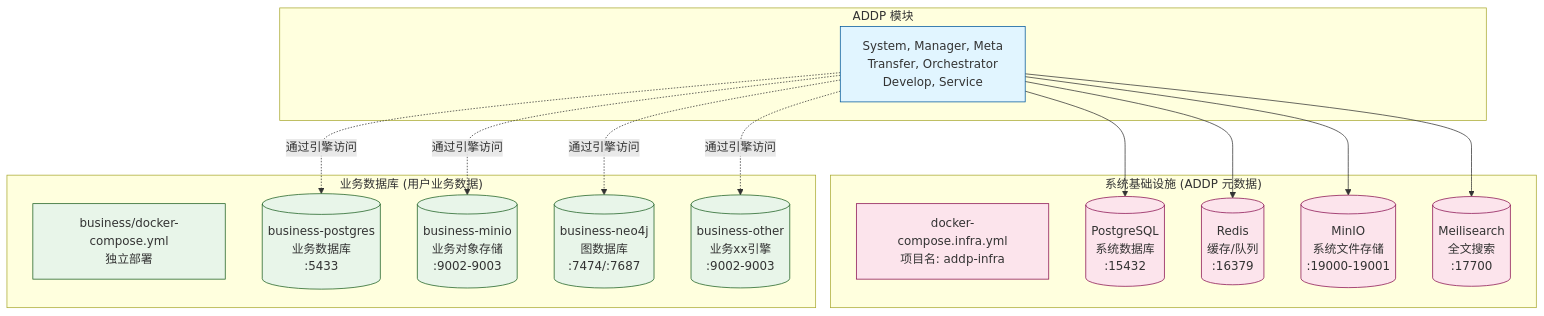
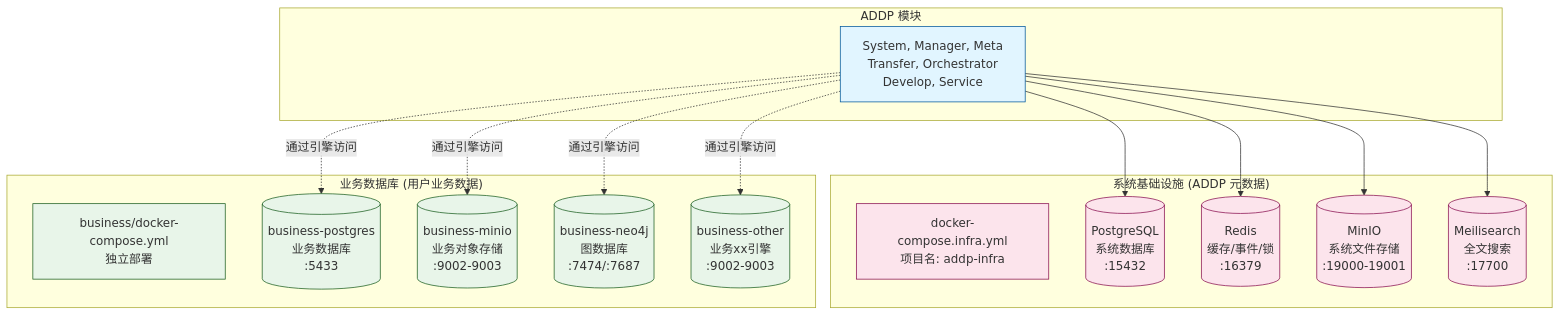
The first of 2 diagrams in docs/concepts/addp基础设施隔离图.md (pampa0629/addp), drawn with Mermaid before and after one commit. The commit also changed other lines of this file and 176 other files, not shown here.

````diff
--- a/docs/concepts/addp基础设施隔离图.md
+++ b/docs/concepts/addp基础设施隔离图.md
@@ -19,42 +19,42 @@
 ```mermaid
 graph TB
     subgraph "系统基础设施 (ADDP 元数据)"
         InfraTitle[docker-compose.infra.yml<br/>项目名: addp-infra]
 
         PostgreSQL[(PostgreSQL<br/>系统数据库<br/>:15432)]
-        Redis[(Redis<br/>缓存/队列<br/>:16379)]
+        Redis[(Redis<br/>缓存/事件/锁<br/>:16379)]
         MinIO[(MinIO<br/>系统文件存储<br/>:19000-19001)]
         Meilisearch[(Meilisearch<br/>全文搜索<br/>:17700)]
     end
 
     subgraph "业务数据库 (用户业务数据)"
         BizTitle[business/docker-compose.yml<br/>独立部署]
 
         BizPG[(business-postgres<br/>业务数据库<br/>:5433)]
         BizMinIO[(business-minio<br/>业务对象存储<br/>:9002-9003)]
         BizNeo4j[(business-neo4j<br/>图数据库<br/>:7474/:7687)]
         BizOther[(business-other<br/>业务xx引擎<br/>:9002-9003)]
     end
 
     subgraph "ADDP 模块"
         Modules[System, Manager, Meta<br/>Transfer, Orchestrator<br/>Develop, Service]
     end
 
     Modules --> PostgreSQL
     Modules --> Redis
     Modules --> MinIO
     Modules --> Meilisearch
 
     Modules -.通过引擎访问.-> BizPG
     Modules -.通过引擎访问.-> BizMinIO
     Modules -.通过引擎访问.-> BizNeo4j
     Modules -.通过引擎访问.-> BizOther
 
     classDef infra fill:#fce4ec,stroke:#880e4f
     classDef biz fill:#e8f5e9,stroke:#1b5e20
     classDef module fill:#e1f5ff,stroke:#01579b
 
     class InfraTitle,PostgreSQL,Redis,MinIO,Meilisearch infra
     class BizTitle,BizPG,BizMinIO,BizNeo4j,BizOther biz
     class Modules module
 ```
````
